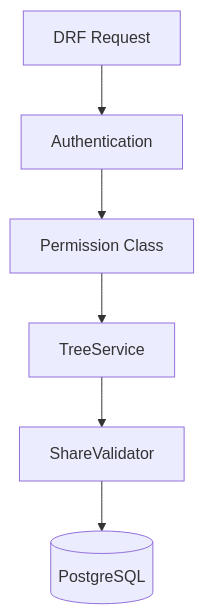
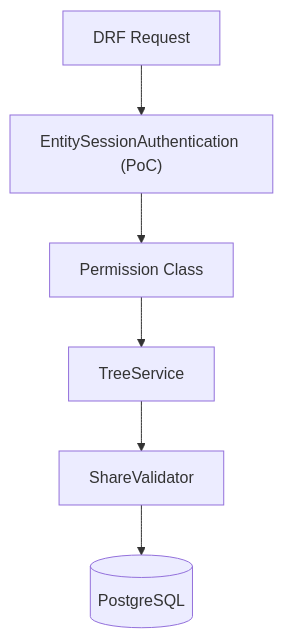
One commit to rodrigodantas4/opeaz changed the sixth of 7 diagrams in docs/adr/001-document-tree.md. Above: the diagram before and after it, drawn with Mermaid. The commit also changed other lines of this file and 12 other files, not shown here.

````diff
--- a/docs/adr/001-document-tree.md
+++ b/docs/adr/001-document-tree.md
@@ -725,8 +727,8 @@
 ```mermaid
 flowchart TD
-    request[DRF Request] --> auth[Authentication]
+    request[DRF Request] --> auth["EntitySessionAuthentication (PoC)"]
     auth --> perm[Permission Class]
     perm --> service[TreeService]
     service --> validate[ShareValidator]
     validate --> db[(PostgreSQL)]
 ```
````
